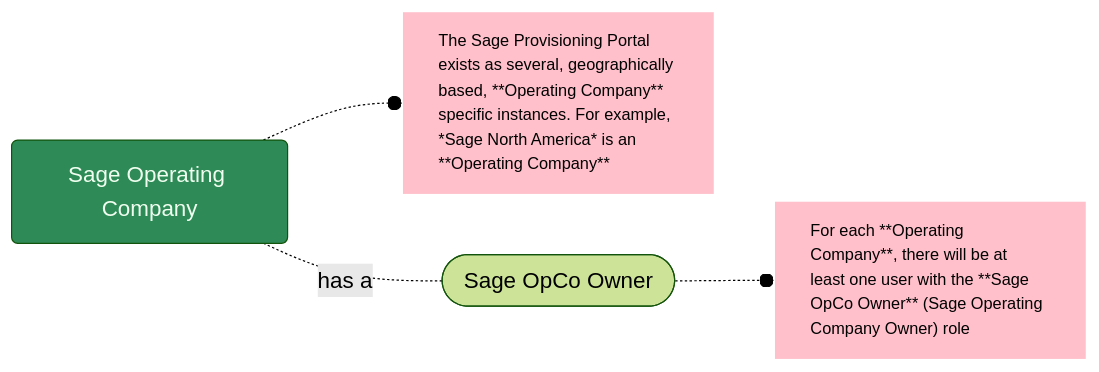
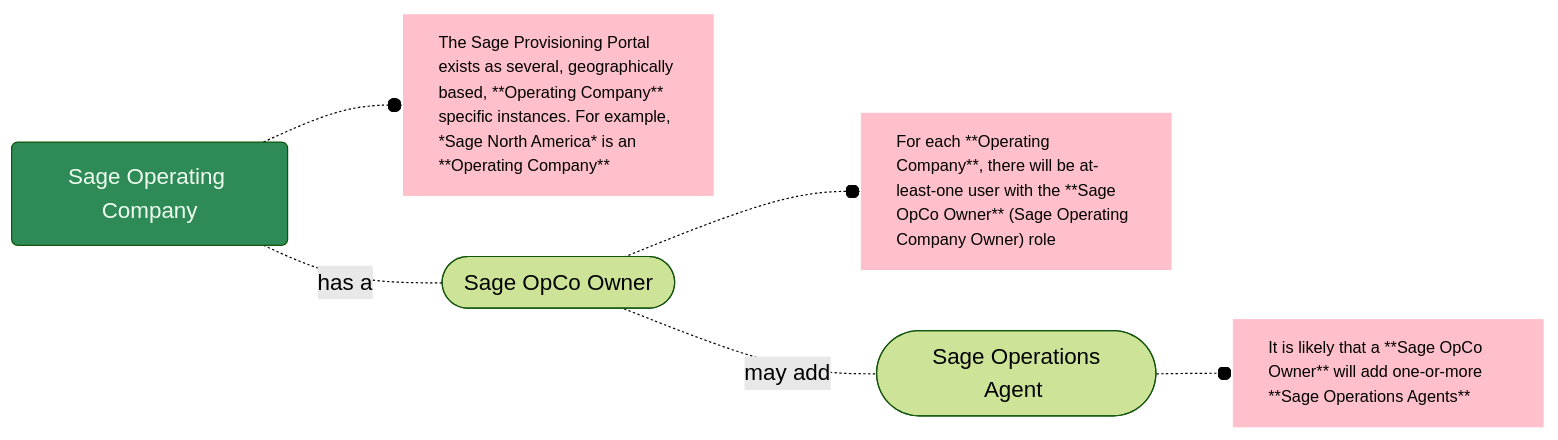
One commit to joe-dorward/samples changed the diagram in 2025_Sage/01_What is an Operating Company.mdx. Above: the diagram before and after it, drawn with Mermaid.

Commit message:
Update 01_What is an Operating Company.mdx

````diff
--- a/2025_Sage/01_What is an Operating Company.mdx
+++ b/2025_Sage/01_What is an Operating Company.mdx
@@ -1,35 +1,29 @@
 ```mermaid
 %%{
   init: {
     'theme': 'forest',
     'themeVariables': {
       'fontSize':'14pt'
     }
   }
 }%%
 flowchart LR
   classDef Sage fill:seagreen, color:honeydew;
   classDef Noun fill:lightcyan, stroke:royalblue, color:royalblue;
   classDef Note fill:pink, stroke:white, text-align:left, font-size: 90%;
 
   SAGE_OPERATING_COMPANY_01(Sage Operating Company)-.-o
   SAGE_OPERATING_COMPANY_01_Note[The Sage Provisioning Portal exists as several, geographically based, **Operating Company** specific instances. For example, *Sage North America* is an **Operating Company**]
 
   SAGE_OPERATING_COMPANY_01-.has a.-
   SAGE_OPCO_OWNER_01([&nbsp;Sage OpCo Owner&nbsp;])-.-o
-  SAGE_OPCO_OWNER_01_NOTE["For each **Operating Company**, there will be at least one user with the **Sage OpCo Owner** (Sage Operating Company Owner) role"]
+  SAGE_OPCO_OWNER_01_NOTE["For each **Operating Company**, there will be at-least-one user with the **Sage OpCo Owner** (Sage Operating Company Owner) role"]
 
-
-
-
-
-  %%-.has a.-
-  %%SAGE_OPERATIONS_AGENT_01([&nbsp;Sage Operations Agent&nbsp;])-.who adds a.->
-  %%PARTNER_ORGANISATION_01[Partner Organisation]-.and a<br/>(required).->
-  %%PRIMARY_CONTACT_01([&nbsp;Primary Contact&nbsp;])-.-o
-  %%PRIMARY_CONTACT_01_NOTE[The **Primary Contact** is added with the **Partner Operations Agent** role]
+  SAGE_OPCO_OWNER_01-.may add.-
+  SAGE_OPERATIONS_AGENT_01([&nbsp;Sage Operations Agent&nbsp;])-.-o
+  SAGE_OPERATIONS_AGENT_01_NOTE[It is likely that a **Sage OpCo Owner** will add one-or-more **Sage Operations Agents**]
 
   class SAGE_OPERATING_COMPANY_01 Sage
   class PARTNER_ORGANISATION_01,PRODUCT_01,PRODUCT_02 Noun
-  class SAGE_OPERATING_COMPANY_01_Note,SAGE_OPCO_OWNER_01_NOTE Note
+  class SAGE_OPERATING_COMPANY_01_Note,SAGE_OPCO_OWNER_01_NOTE,SAGE_OPERATIONS_AGENT_01_NOTE Note
 ```
````
